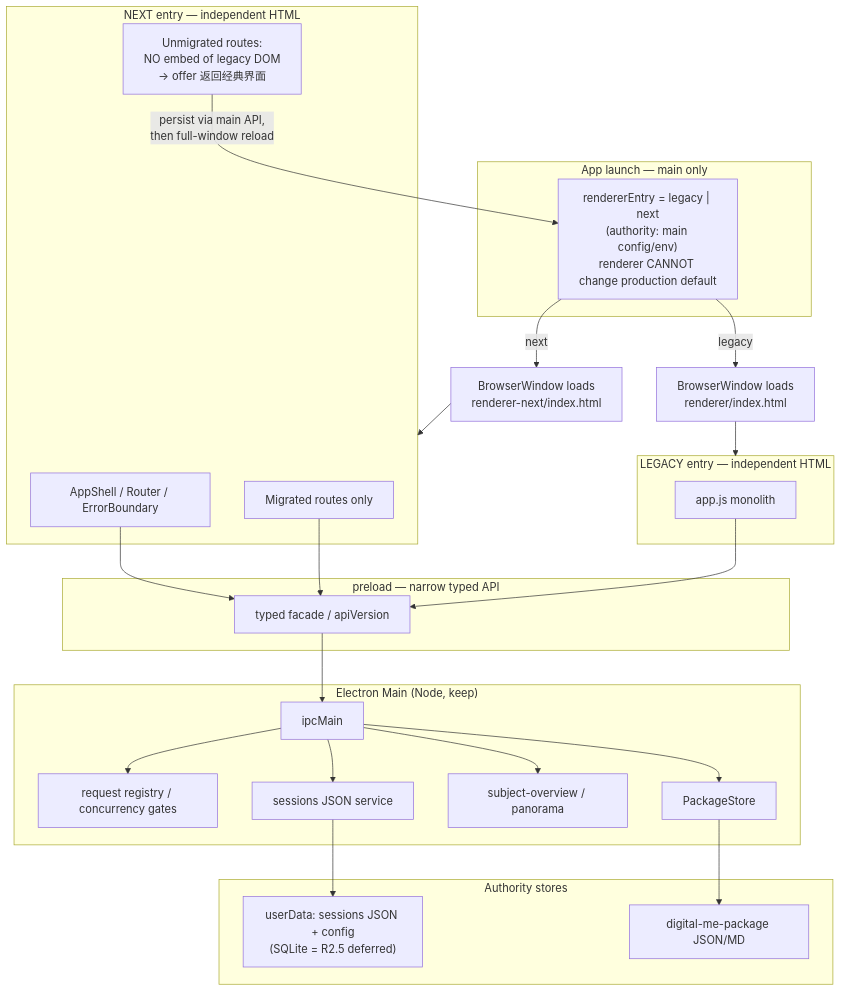
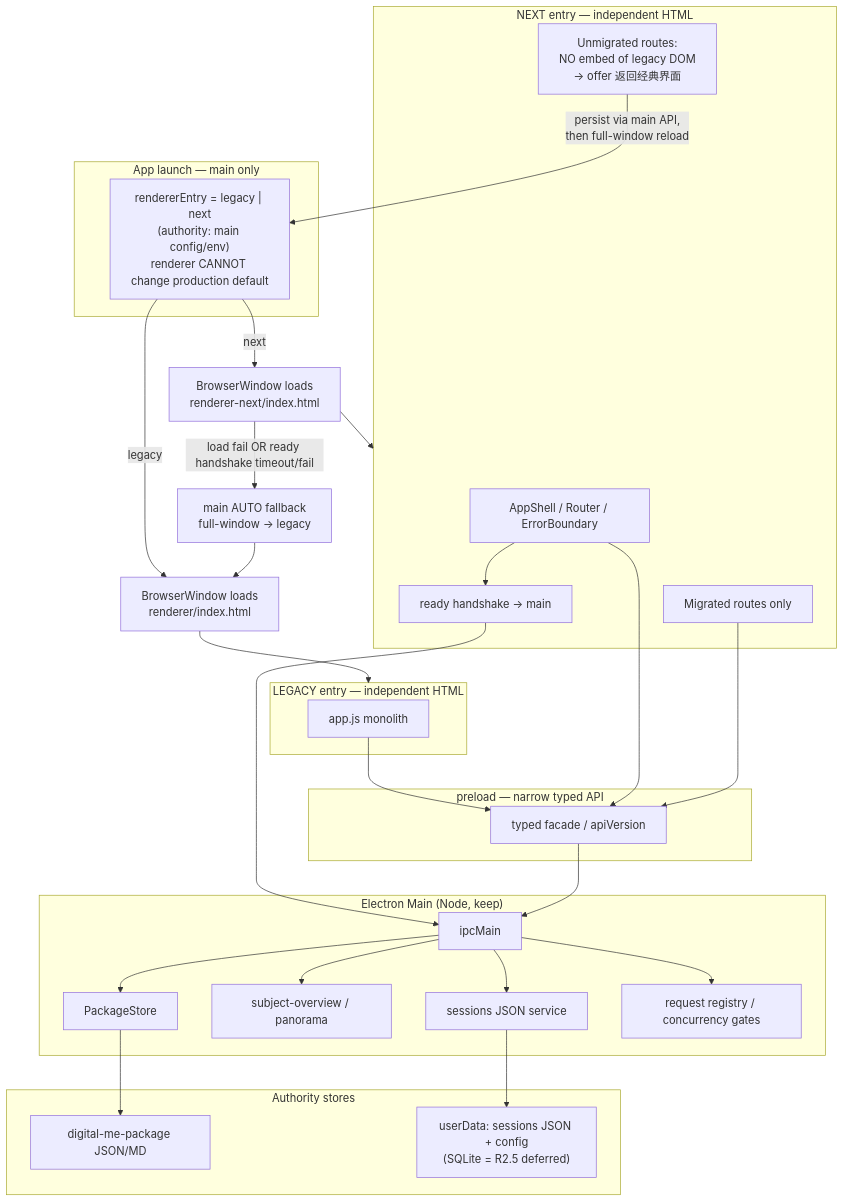
The diagram in digitalme_renderer_foundation_R0_decision_and_migration_plan.md (zhongzhir/2digime), drawn with Mermaid before and after one commit. The commit also changed other lines of this file and 5 other files, not shown here.

Commit message:
docs(architecture): accept R0 decision and auto-fallback

````diff
--- a/digitalme_renderer_foundation_R0_decision_and_migration_plan.md
+++ b/digitalme_renderer_foundation_R0_decision_and_migration_plan.md
@@ -104,52 +104,58 @@
 ```mermaid
 flowchart TB
   subgraph Boot["App launch — main only"]
     Flag["rendererEntry = legacy | next\n(authority: main config/env)\nrenderer CANNOT change production default"]
   end
 
   Flag -->|legacy| LegacyWin["BrowserWindow loads\nrenderer/index.html"]
   Flag -->|next| NextWin["BrowserWindow loads\nrenderer-next/index.html"]
 
+  NextWin -->|load fail OR ready handshake timeout/fail| AutoFB["main AUTO fallback\nfull-window → legacy"]
+  AutoFB --> LegacyWin
+
   subgraph Legacy["LEGACY entry — independent HTML"]
     LegacyApp["app.js monolith"]
   end
 
   subgraph Next["NEXT entry — independent HTML"]
     Shell["AppShell / Router / ErrorBoundary"]
+    Ready["ready handshake → main"]
     Migrated["Migrated routes only"]
     Placeholder["Unmigrated routes:\nNO embed of legacy DOM\n→ offer 返回经典界面"]
   end
 
   LegacyWin --> Legacy
   NextWin --> Next
+  Shell --> Ready
 
   Placeholder -->|"persist via main API,\nthen full-window reload"| Flag
 
   subgraph Preload["preload — narrow typed API"]
     API["typed facade / apiVersion"]
   end
 
   subgraph Main["Electron Main (Node, keep)"]
     IPC["ipcMain"]
     PS["PackageStore"]
     SO["subject-overview / panorama"]
     Sess["sessions JSON service"]
     Req["request registry / concurrency gates"]
   end
 
   subgraph Authority["Authority stores"]
     Pkg["digital-me-package JSON/MD"]
     UD["userData: sessions JSON + config\n(SQLite = R2.5 deferred)"]
   end
 
   LegacyApp --> API
   Shell --> API
   Migrated --> API
+  Ready --> IPC
   API --> IPC
   IPC --> PS
   IPC --> SO
   IPC --> Sess
   IPC --> Req
   PS --> Pkg
   Sess --> UD
 ```
````
